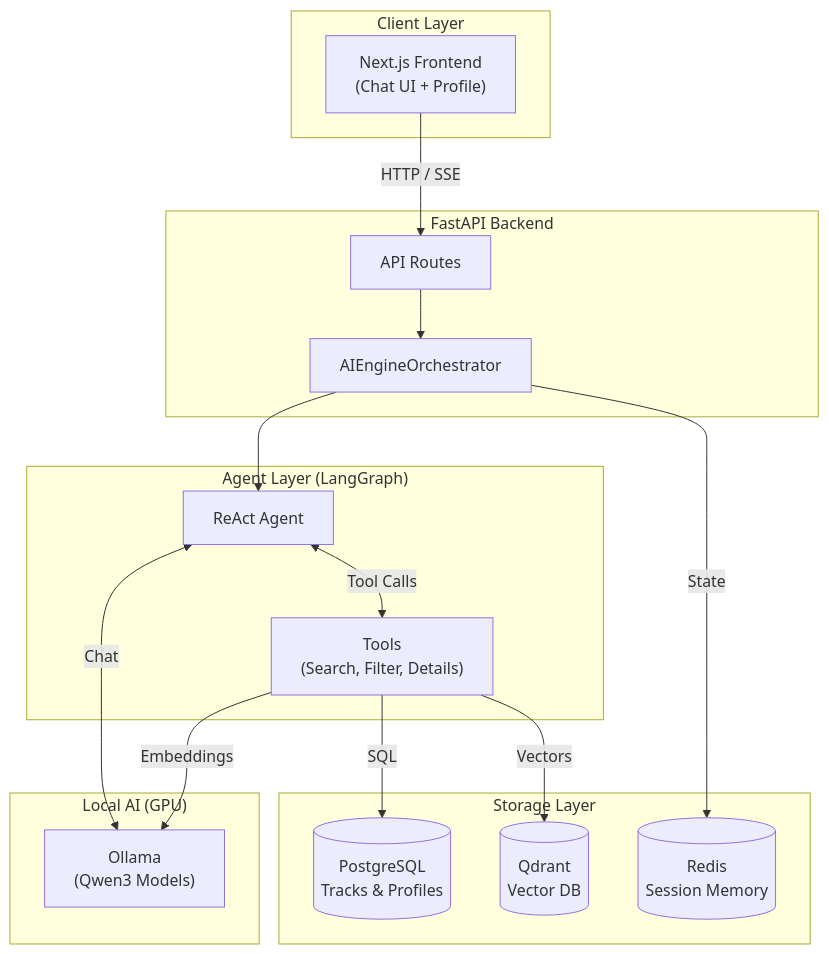
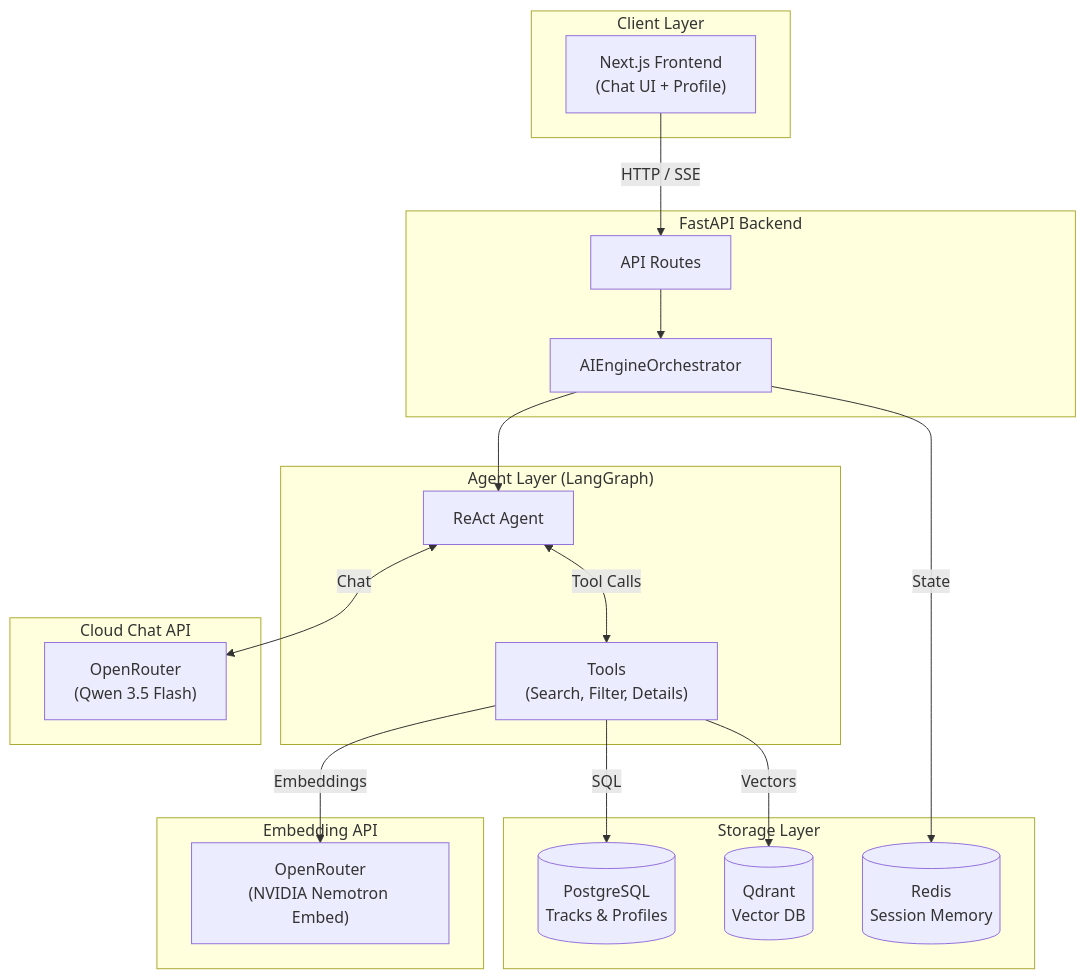
Before and after one commit to Kirill21897/AI_SaaS_Platform: the diagram in README.md, drawn with Mermaid. The commit also changed other lines of this file and 21 other files, not shown here.

````diff
--- a/README.md
+++ b/README.md
@@ -13,38 +13,42 @@
 ```mermaid
 flowchart TB
   subgraph Client["Client Layer"]
     UI["Next.js Frontend\n(Chat UI + Profile)"]
   end
 
   subgraph API["FastAPI Backend"]
     ROUTER["API Routes"]
     ORCH["AIEngineOrchestrator"]
   end
 
   subgraph AGENT["Agent Layer (LangGraph)"]
     REACT["ReAct Agent"]
     TOOLS["Tools\n(Search, Filter, Details)"]
   end
 
   subgraph STORAGE["Storage Layer"]
     PG[(PostgreSQL\nTracks & Profiles)]
     QDRANT[(Qdrant\nVector DB)]
     REDIS[(Redis\nSession Memory)]
   end
 
-  subgraph LOCAL_AI["Local AI (GPU)"]
-    OLLAMA["Ollama\n(Qwen3 Models)"]
+  subgraph CHAT_AI["Cloud Chat API"]
+    OPENROUTER["OpenRouter\n(Qwen 3.5 Flash)"]
+  end
+
+  subgraph EMBEDDINGS["Embedding API"]
+    EMB_MODEL["OpenRouter\n(NVIDIA Nemotron Embed)"]
   end
 
   UI -->|HTTP / SSE| ROUTER
   ROUTER --> ORCH
   ORCH -->|State| REDIS
   ORCH --> REACT
   
   REACT <-->|Tool Calls| TOOLS
-  REACT <-->|Chat| OLLAMA
+  REACT <-->|Chat| OPENROUTER
   
   TOOLS -->|Vectors| QDRANT
   TOOLS -->|SQL| PG
-  TOOLS -->|Embeddings| OLLAMA
+  TOOLS -->|Embeddings| EMB_MODEL
 ```
````
